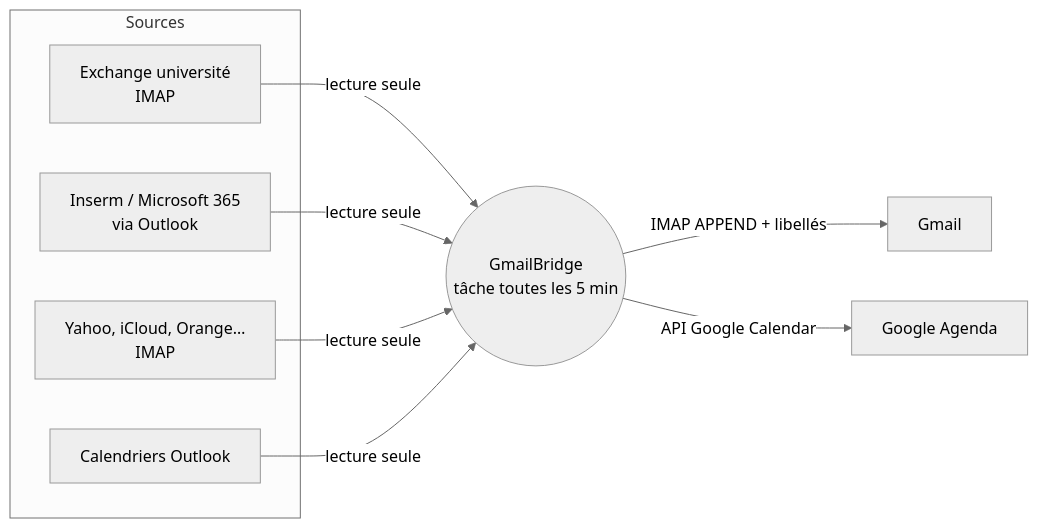
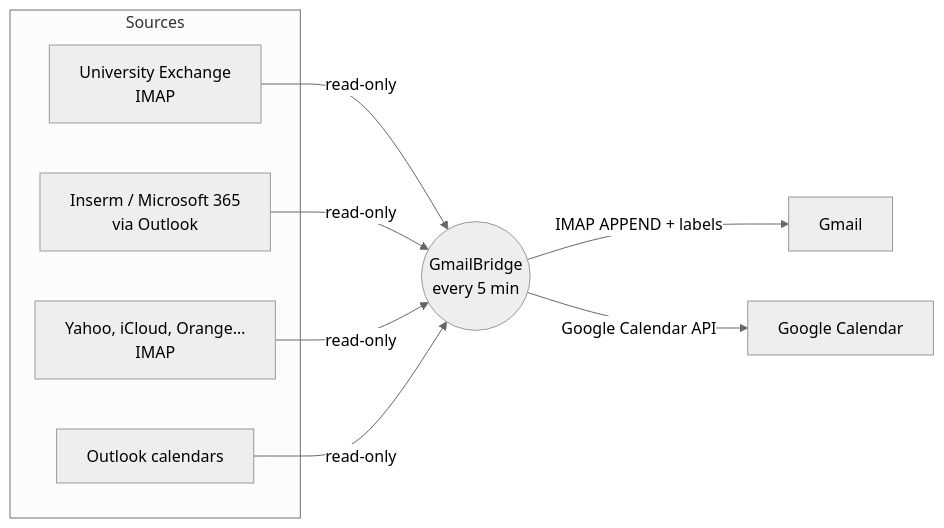
One commit to Andrianarivelo/MailBridge changed the diagram in README.md. Above: the diagram before and after it, drawn with Mermaid (neutral theme). The commit also changed other lines of this file and 19 other files, not shown here.

````diff
--- a/README.md
+++ b/README.md
@@ -85,13 +175,13 @@
 ```mermaid
 flowchart LR
   subgraph Sources
-    A[Exchange université<br/>IMAP]
+    A[University Exchange<br/>IMAP]
     B[Inserm / Microsoft 365<br/>via Outlook]
     C[Yahoo, iCloud, Orange…<br/>IMAP]
-    D[Calendriers Outlook]
+    D[Outlook calendars]
   end
-  A & B & C -->|lecture seule| E((GmailBridge<br/>tâche toutes les 5 min))
-  D -->|lecture seule| E
-  E -->|IMAP APPEND + libellés| F[Gmail]
-  E -->|API Google Calendar| G[Google Agenda]
+  A & B & C -->|read-only| E((GmailBridge<br/>every 5 min))
+  D -->|read-only| E
+  E -->|IMAP APPEND + labels| F[Gmail]
+  E -->|Google Calendar API| G[Google Calendar]
 ```
````
